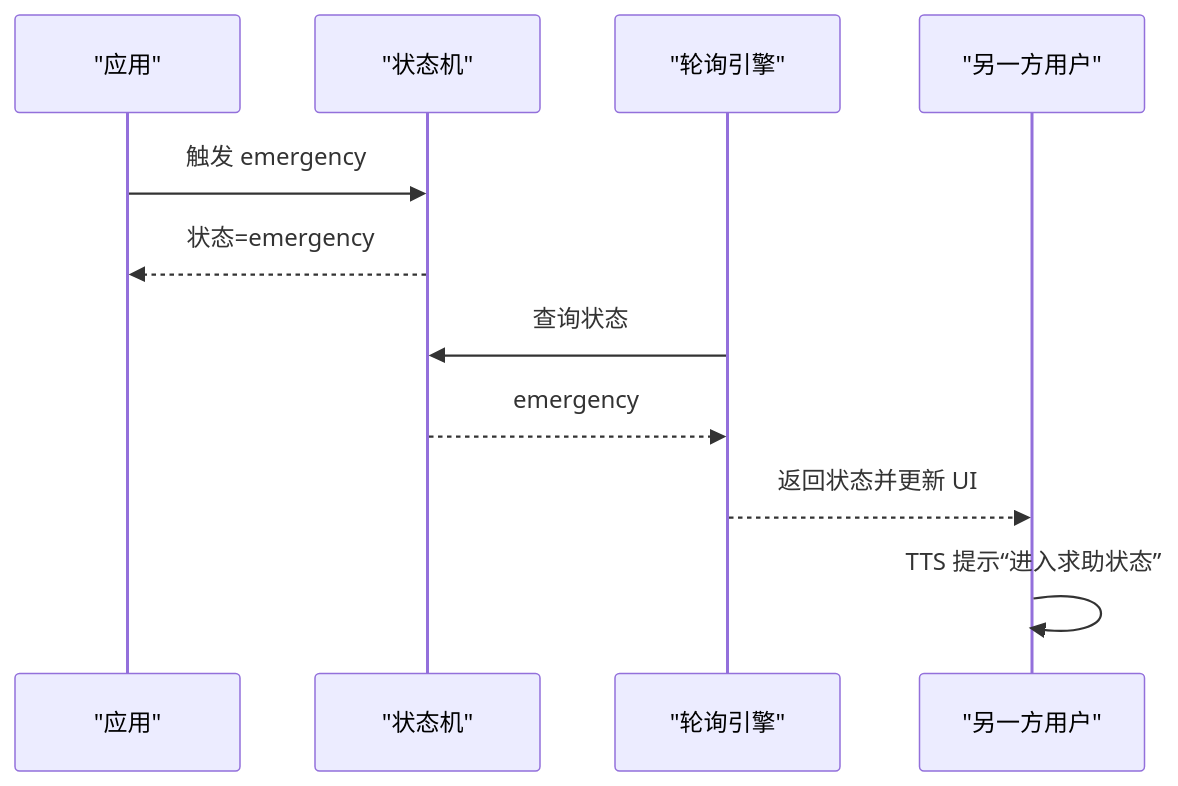
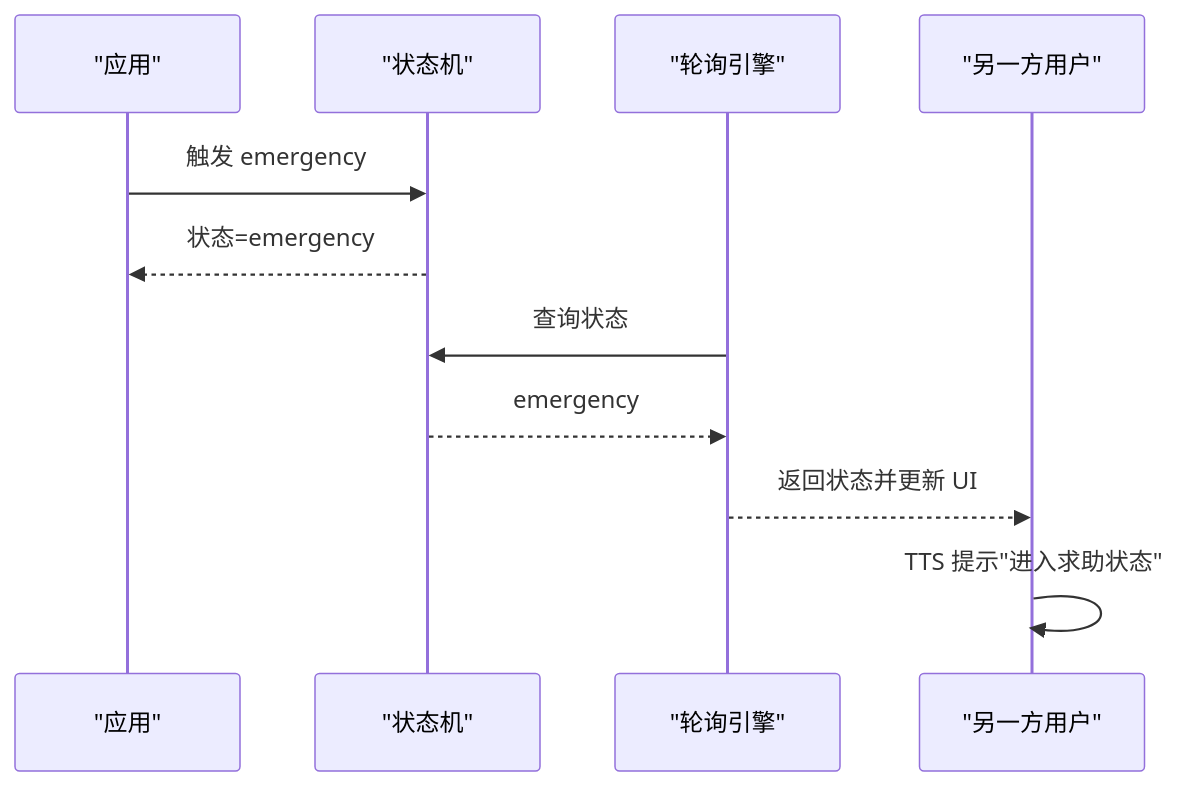
Before and after one commit to Jayden23018/blind-run-ios: the seventh of 8 diagrams in .qoder/repowiki/zh/content/架构设计/模块化架构设计/Safety 安全模块.md, drawn with Mermaid. The commit also changed other lines of this file and 11 other files, not shown here.

````diff
--- a/.qoder/repowiki/zh/content/架构设计/模块化架构设计/Safety 安全模块.md
+++ b/.qoder/repowiki/zh/content/架构设计/模块化架构设计/Safety 安全模块.md
@@ -229,13 +271,13 @@
 ```mermaid
 sequenceDiagram
 participant App as "应用"
 participant State as "状态机"
 participant Poll as "轮询引擎"
 participant VO as "另一方用户"
 App->>State : 触发 emergency
 State-->>App : 状态=emergency
 Poll->>State : 查询状态
 State-->>Poll : emergency
 Poll-->>VO : 返回状态并更新 UI
-VO->>VO : TTS 提示“进入求助状态”
+VO->>VO : TTS 提示"进入求助状态"
 ```
````
